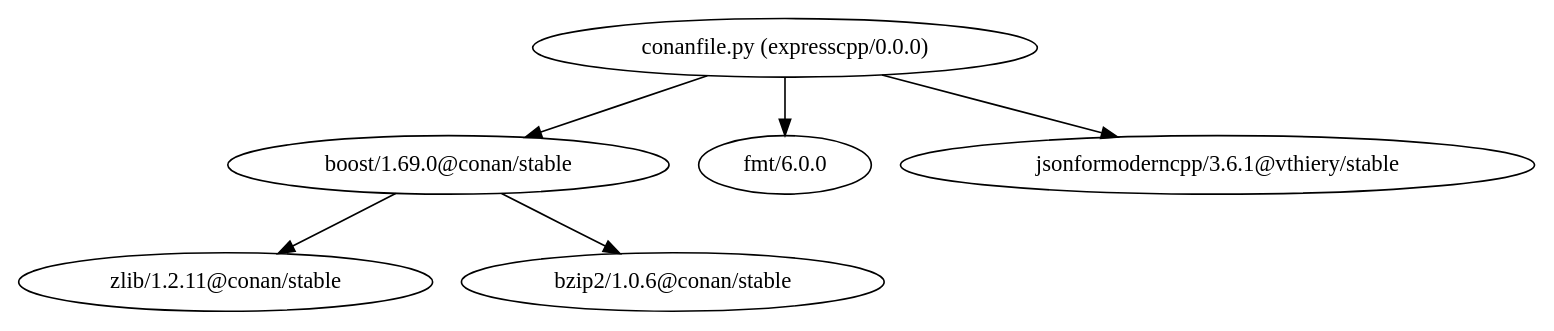
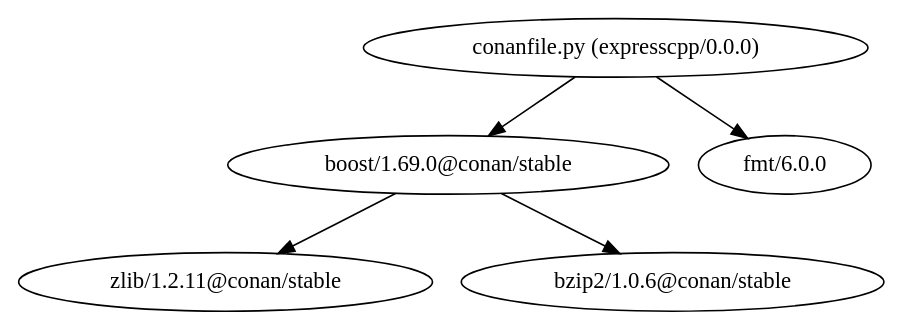
One commit to expresscpp/expresscpp changed the diagram in .vscode/.conan_tools/conanInfo.dot. Above: the diagram before and after it, drawn with Graphviz. The commit also changed 4 other files, not shown here.

```diff
--- a/.vscode/.conan_tools/conanInfo.dot
+++ b/.vscode/.conan_tools/conanInfo.dot
@@ -1,4 +1,4 @@
 digraph {
-    "conanfile.py (expresscpp/0.0.0)" -> {"boost/1.69.0@conan/stable" "fmt/6.0.0" "jsonformoderncpp/3.6.1@vthiery/stable"}
+    "conanfile.py (expresscpp/0.0.0)" -> {"boost/1.69.0@conan/stable" "fmt/6.0.0"}
     "boost/1.69.0@conan/stable" -> {"zlib/1.2.11@conan/stable" "bzip2/1.0.6@conan/stable"}
 }
```
